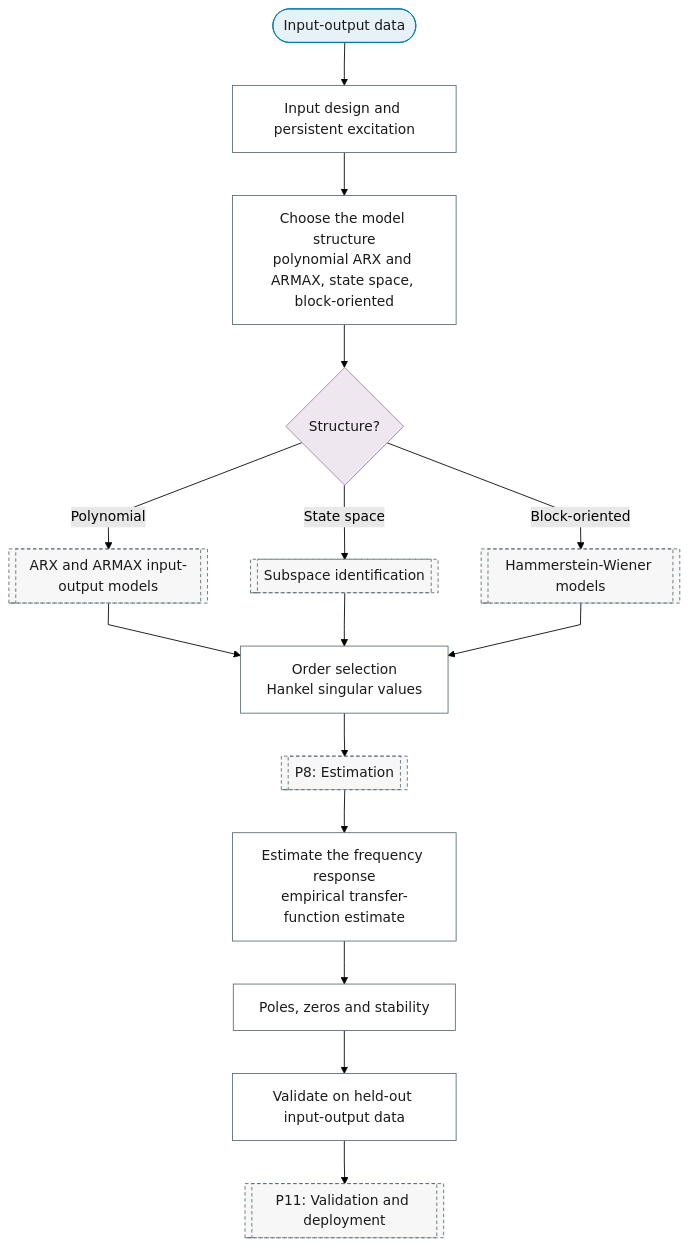
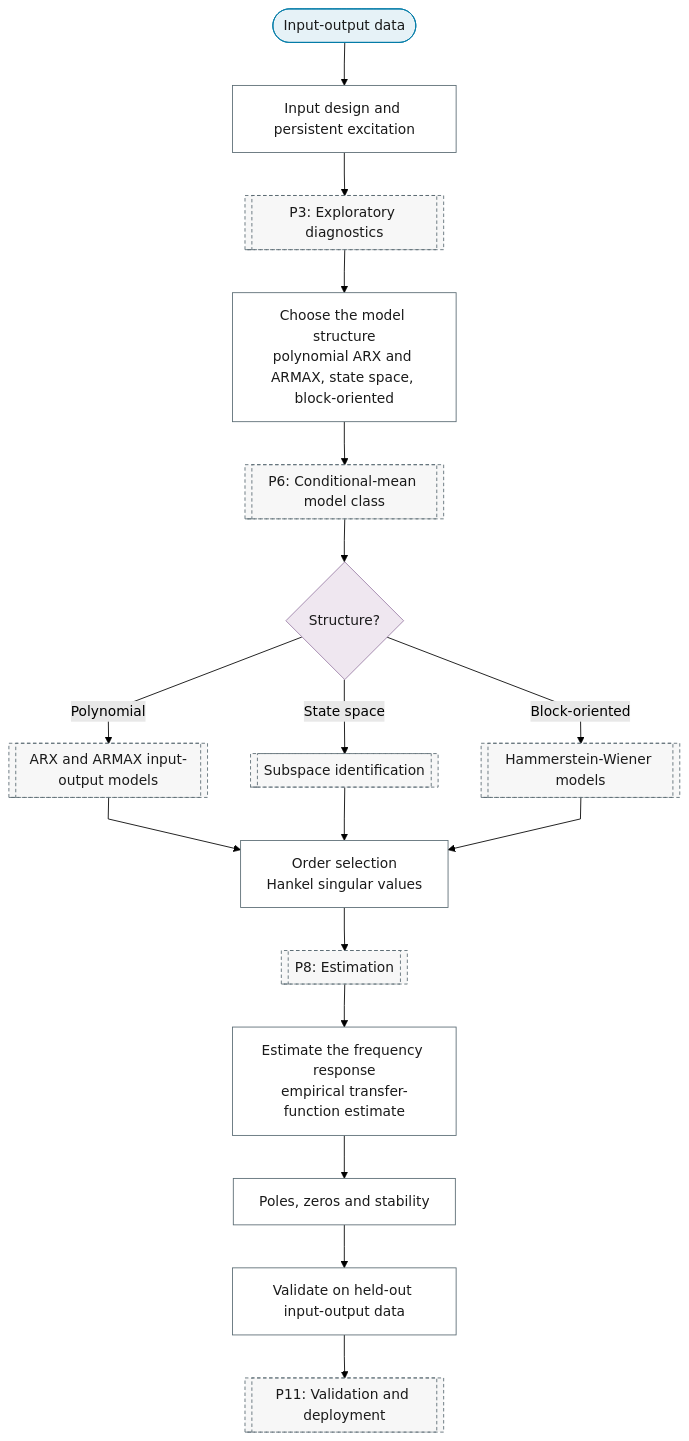
One commit to Shuxin-Y/time-series-analysis-manual changed the diagram in docs/01-workflow/p02-purpose/09-system-identification.md. Above: the diagram before and after it, drawn with Mermaid (forest theme). The commit also changed 12 other files, not shown here.

First line of the commit message:
fix(flowchart): purpose charts index the spine in phase order (rev1 M3)

````diff
--- a/docs/01-workflow/p02-purpose/09-system-identification.md
+++ b/docs/01-workflow/p02-purpose/09-system-identification.md
@@ -7,28 +7,30 @@
 ```mermaid
 %%{init: {"flowchart": {"curve": "linear"}}}%%
 graph TD
     P2_SI_IN(["Input-output data"]) --> P2_SI_EXPERIMENT_DESIGN["Input design and persistent excitation"]
-    P2_SI_EXPERIMENT_DESIGN --> P2_SI_MODEL_STRUCTURE["Choose the model structure<br/>polynomial ARX and ARMAX, state space, block-oriented"]
-    P2_SI_MODEL_STRUCTURE --> P2_SI_STRUCTURE_Q{"Structure?"}
+    P2_SI_EXPERIMENT_DESIGN --> P3[["P3: Exploratory diagnostics"]]
+    P3 --> P2_SI_MODEL_STRUCTURE["Choose the model structure<br/>polynomial ARX and ARMAX, state space, block-oriented"]
+    P2_SI_MODEL_STRUCTURE --> P6[["P6: Conditional-mean model class"]]
+    P6 --> P2_SI_STRUCTURE_Q{"Structure?"}
     P2_SI_STRUCTURE_Q -->|"Polynomial"| P6_ARX_ARMAX[["ARX and ARMAX input-output models"]]
     P2_SI_STRUCTURE_Q -->|"State space"| P6_SUBSPACE[["Subspace identification"]]
     P2_SI_STRUCTURE_Q -->|"Block-oriented"| P6_HAMMERSTEIN_WIENER[["Hammerstein-Wiener models"]]
     P6_ARX_ARMAX & P6_SUBSPACE & P6_HAMMERSTEIN_WIENER --> P2_SI_ORDER_SELECTION["Order selection<br/>Hankel singular values"]
     P2_SI_ORDER_SELECTION --> P8[["P8: Estimation"]]
     P8 --> P2_SI_TRANSFER_FUNCTION["Estimate the frequency response<br/>empirical transfer-function estimate"]
     P2_SI_TRANSFER_FUNCTION --> P2_SI_STABILITY["Poles, zeros and stability"]
     P2_SI_STABILITY --> P2_SI_VALIDATION["Validate on held-out input-output data"]
     P2_SI_VALIDATION --> P11[["P11: Validation and deployment"]]
     class P2_SI_IN terminator
     class P2_SI_STRUCTURE_Q decision
     class P2_SI_EXPERIMENT_DESIGN,P2_SI_MODEL_STRUCTURE,P2_SI_ORDER_SELECTION,P2_SI_TRANSFER_FUNCTION,P2_SI_STABILITY,P2_SI_VALIDATION process
-    class P6_ARX_ARMAX,P6_SUBSPACE,P6_HAMMERSTEIN_WIENER,P8,P11 ref
+    class P3,P6,P6_ARX_ARMAX,P6_SUBSPACE,P6_HAMMERSTEIN_WIENER,P8,P11 ref
     classDef terminator fill:#E6F2F7,stroke:#007BA7,color:#1A1A1A;
     classDef process fill:#FFFFFF,stroke:#5A6B73,color:#1A1A1A;
     classDef decision fill:#EFE7F0,stroke:#9B7FA7,color:#1A1A1A;
     classDef data fill:#FFF4E0,stroke:#C9A55E,color:#1A1A1A;
     classDef good fill:#DCEFD8,stroke:#4A7A3F,color:#1A1A1A;
     classDef escalate fill:#FFE9C2,stroke:#C9A55E,color:#1A1A1A;
     classDef problem fill:#F2D9DE,stroke:#800020,color:#1A1A1A;
     classDef ref fill:#F7F7F7,stroke:#5A6B73,color:#1A1A1A,stroke-dasharray:4 3;
 ```
````
